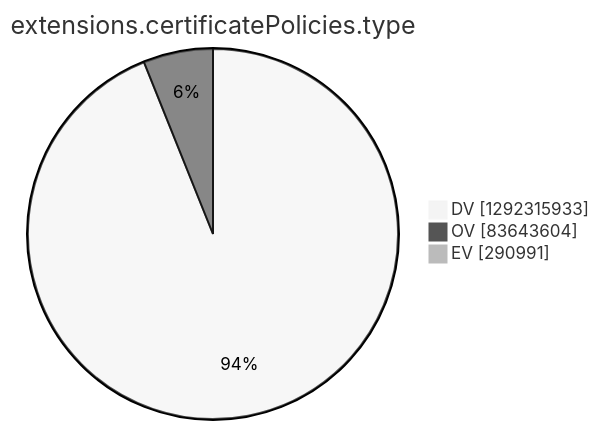
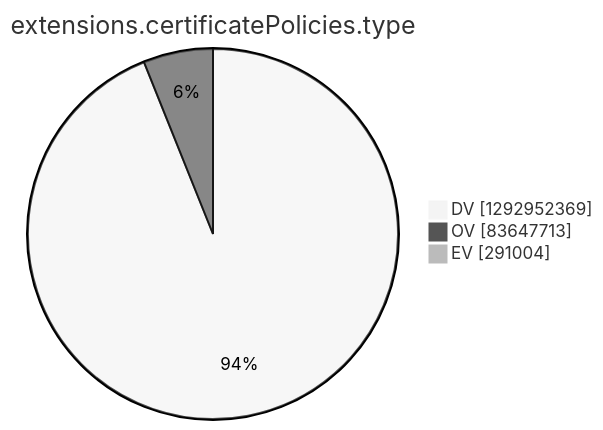
The tenth of 15 diagrams in argon2022/README.md (christiankrug/ctmonitor_visualization), drawn with Mermaid (neutral theme) before and after one commit. The commit also changed other lines of this file, not shown here.

````diff
--- a/argon2022/README.md
+++ b/argon2022/README.md
@@ -2771,7 +2771,7 @@
 ```mermaid
 pie showData
 title extensions.certificatePolicies.type
-"DV" :1292315933
-"OV" :83643604
-"EV" :290991
+"DV" :1292952369
+"OV" :83647713
+"EV" :291004
 ```
````
